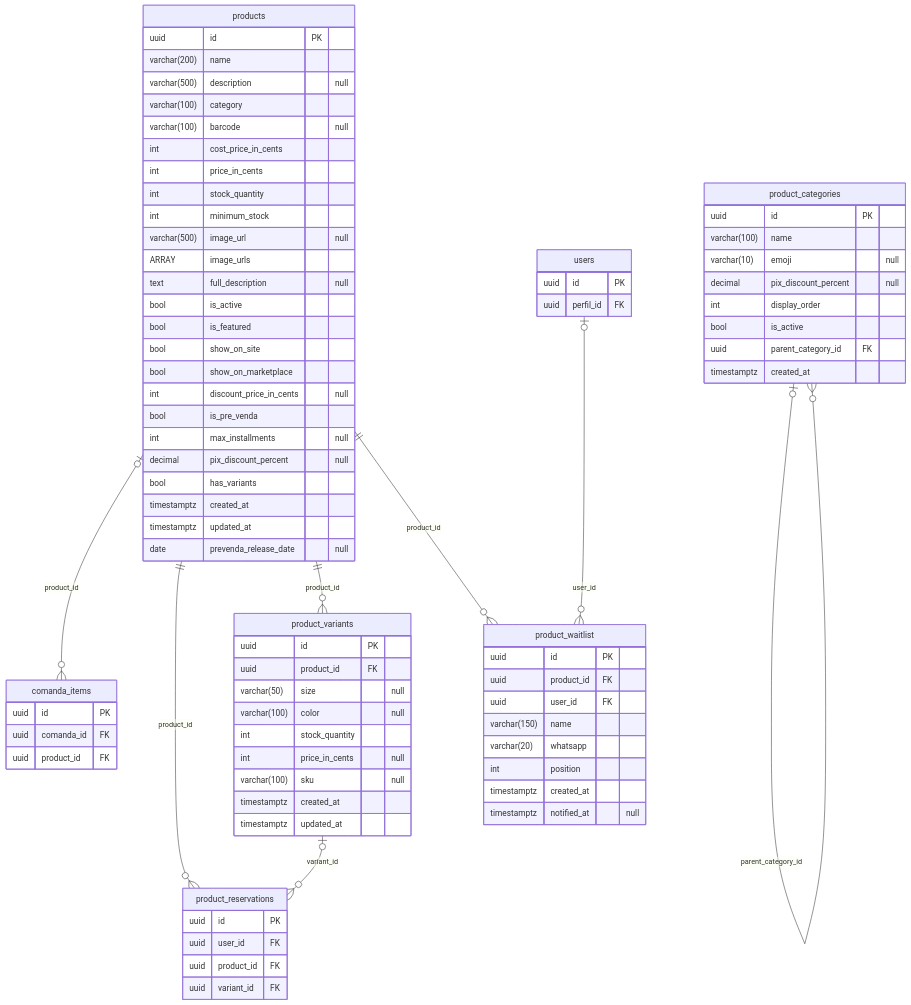
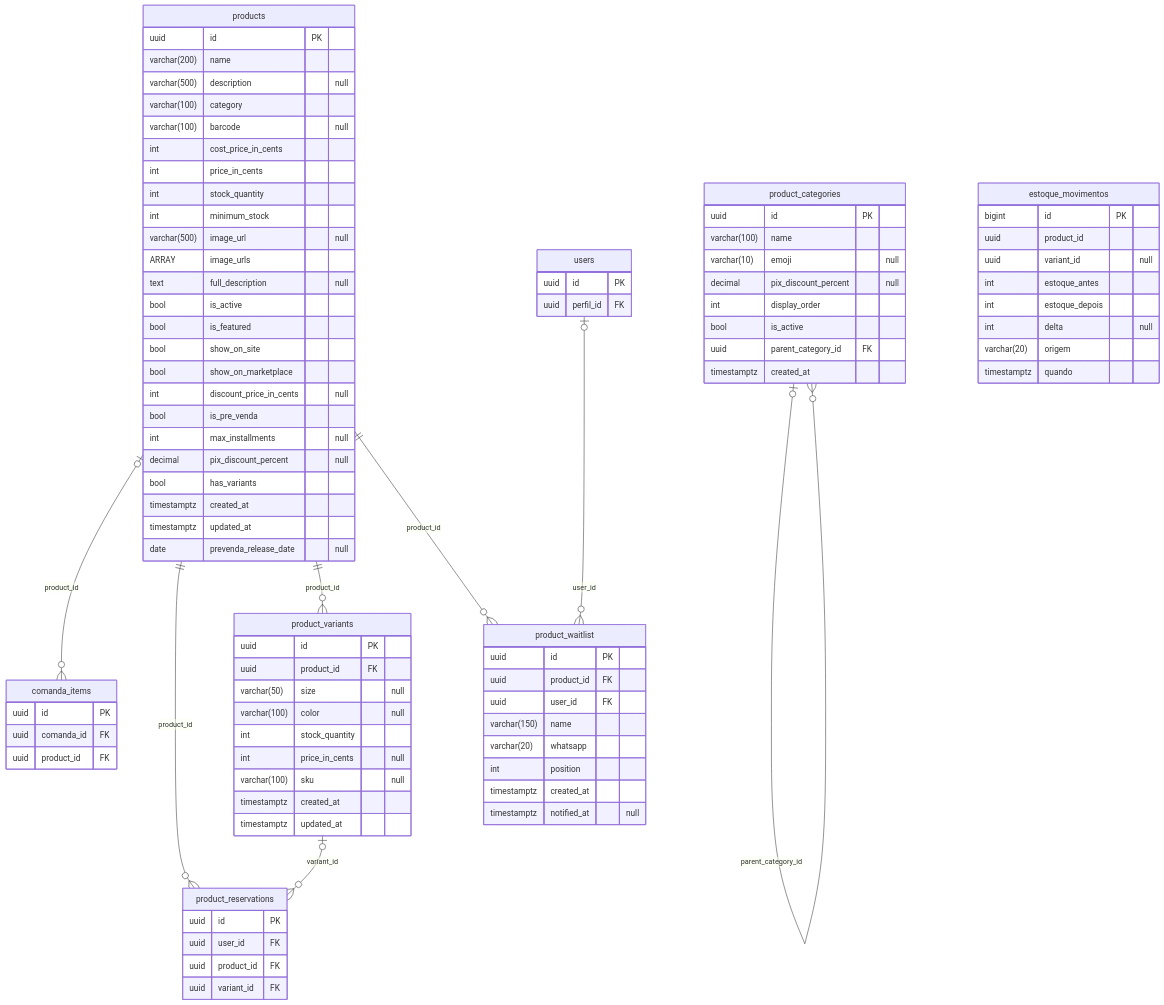
The diagram in docs/pim/banco/mmd/logico-catalogo.mmd (Taino-Edu/softNerd), drawn with Mermaid before and after one commit. The commit also changed 29 other files, not shown here.

First line of the commit message:
docs(pim): MER e dicionário com estoque_movimentos; procedures e triggers documentados

```diff
--- a/docs/pim/banco/mmd/logico-catalogo.mmd
+++ b/docs/pim/banco/mmd/logico-catalogo.mmd
@@ -1,80 +1,90 @@
 erDiagram
   products |o--o{ comanda_items : "product_id"
   product_categories |o--o{ product_categories : "parent_category_id"
   product_variants |o--o{ product_reservations : "variant_id"
   products ||--o{ product_reservations : "product_id"
   products ||--o{ product_variants : "product_id"
   products ||--o{ product_waitlist : "product_id"
   users |o--o{ product_waitlist : "user_id"
   product_categories {
     uuid id PK
     varchar(100) name
     varchar(10) emoji "null"
     decimal pix_discount_percent "null"
     int display_order
     bool is_active
     uuid parent_category_id FK
     timestamptz created_at
   }
   products {
     uuid id PK
     varchar(200) name
     varchar(500) description "null"
     varchar(100) category
     varchar(100) barcode "null"
     int cost_price_in_cents
     int price_in_cents
     int stock_quantity
     int minimum_stock
     varchar(500) image_url "null"
     ARRAY image_urls
     text full_description "null"
     bool is_active
     bool is_featured
     bool show_on_site
     bool show_on_marketplace
     int discount_price_in_cents "null"
     bool is_pre_venda
     int max_installments "null"
     decimal pix_discount_percent "null"
     bool has_variants
     timestamptz created_at
     timestamptz updated_at
     date prevenda_release_date "null"
   }
   product_variants {
     uuid id PK
     uuid product_id FK
     varchar(50) size "null"
     varchar(100) color "null"
     int stock_quantity
     int price_in_cents "null"
     varchar(100) sku "null"
     timestamptz created_at
     timestamptz updated_at
   }
   product_waitlist {
     uuid id PK
     uuid product_id FK
     uuid user_id FK
     varchar(150) name
     varchar(20) whatsapp
     int position
     timestamptz created_at
     timestamptz notified_at "null"
   }
+  estoque_movimentos {
+    bigint id PK
+    uuid product_id
+    uuid variant_id "null"
+    int estoque_antes
+    int estoque_depois
+    int delta "null"
+    varchar(20) origem
+    timestamptz quando
+  }
   comanda_items {
     uuid id PK
     uuid comanda_id FK
     uuid product_id FK
   }
   product_reservations {
     uuid id PK
     uuid user_id FK
     uuid product_id FK
     uuid variant_id FK
   }
   users {
     uuid id PK
     uuid perfil_id FK
   }
```
